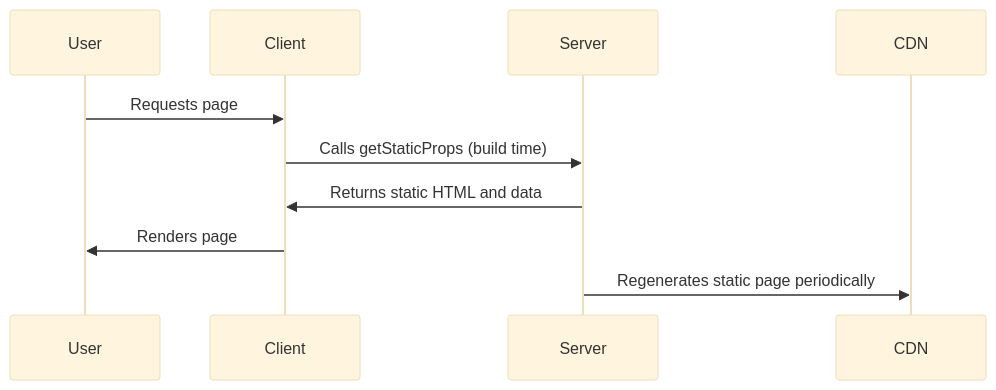
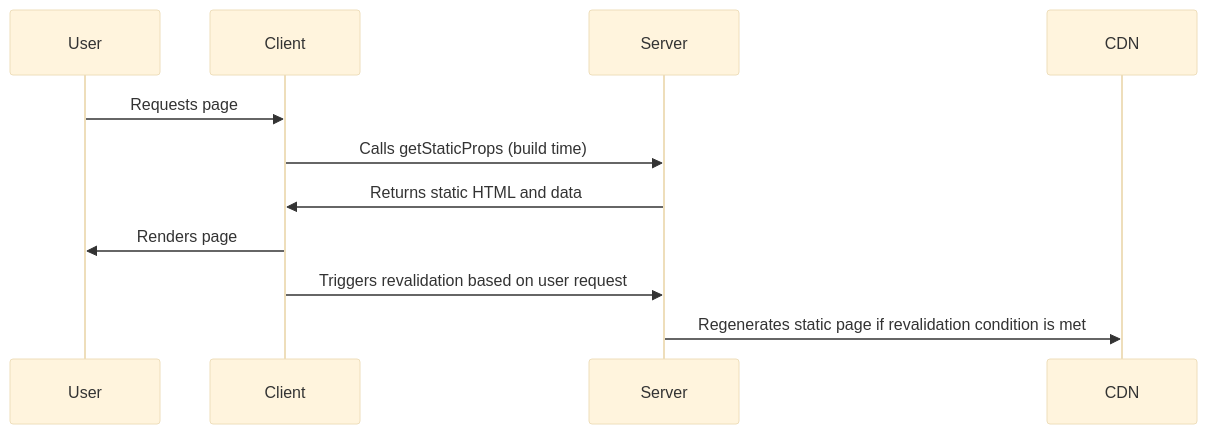
Before and after one commit to Gamez0/next-js-rendering-optimization: the fourth of 4 diagrams in packages/csr-ssr-ssg-isr-comparison/README.md, drawn with Mermaid (base theme).

Commit message:
u: packages/csr-ssr-ssg-isr-comparison/README.md

````diff
--- a/packages/csr-ssr-ssg-isr-comparison/README.md
+++ b/packages/csr-ssr-ssg-isr-comparison/README.md
@@ -43,11 +43,12 @@
 ```mermaid
 sequenceDiagram
     participant User
     participant Client
     participant Server
     User->>Client: Requests page
     Client->>Server: Calls getStaticProps (build time)
     Server->>Client: Returns static HTML and data
     Client->>User: Renders page
-    Server->>CDN: Regenerates static page periodically
+    Client->>Server: Triggers revalidation based on user request
+    Server->>CDN: Regenerates static page if revalidation condition is met
 ```
````
